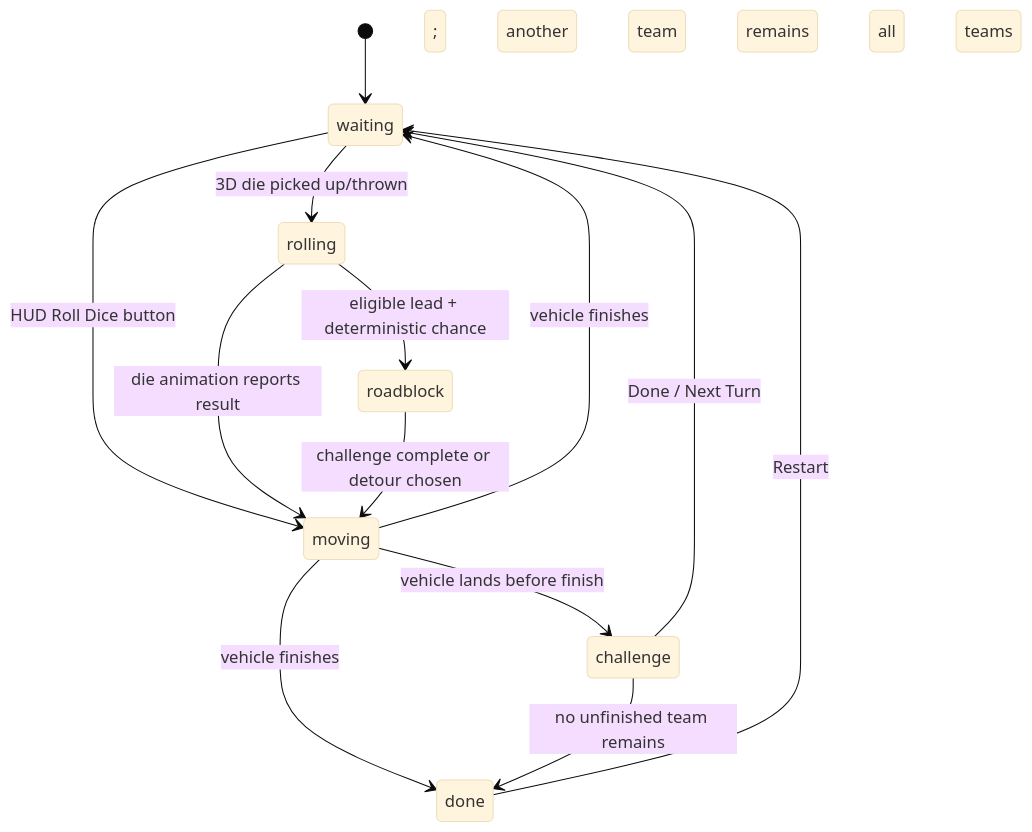
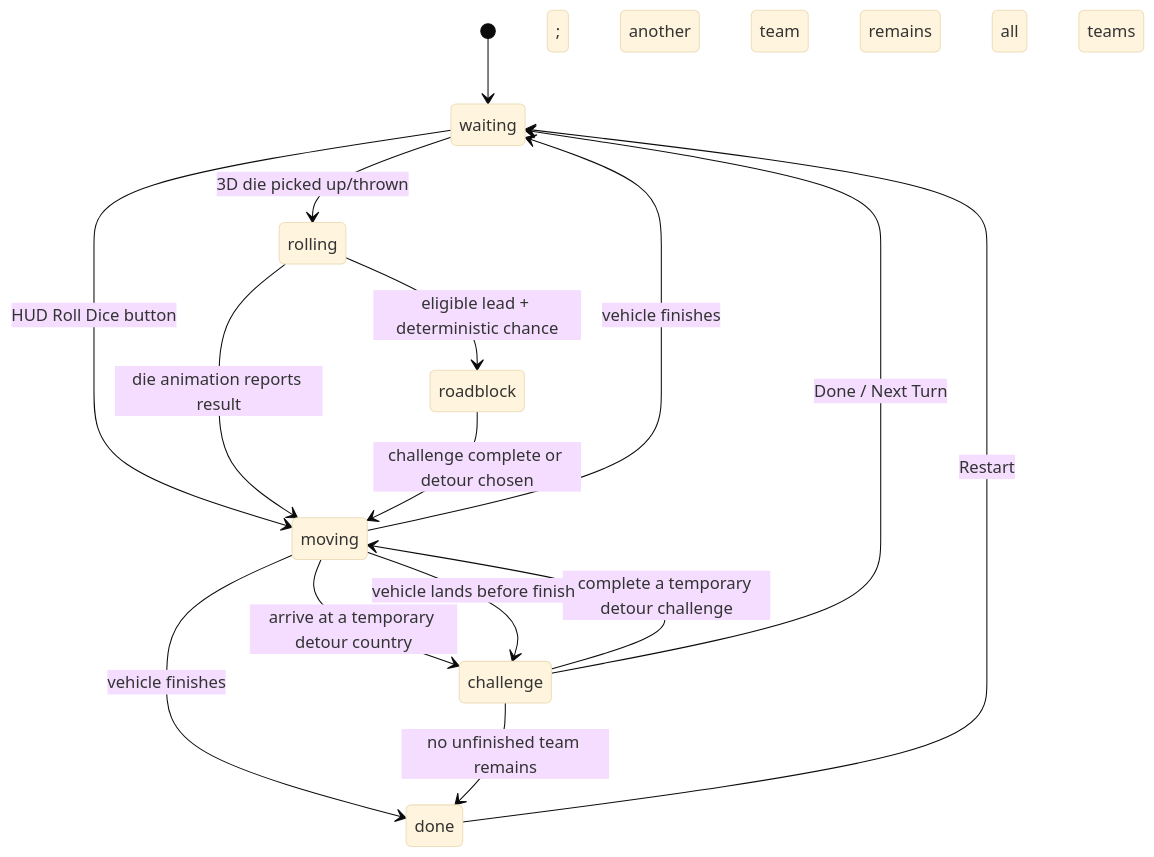
The second of 3 diagrams in GAME_ARCHITECTURE.md (TipsyTraveller/TipsyTraveller), drawn with Mermaid (base theme) before and after one commit. The commit also changed other lines of this file and 12 other files, not shown here.

````diff
--- a/GAME_ARCHITECTURE.md
+++ b/GAME_ARCHITECTURE.md
@@ -253,15 +253,17 @@
 ```mermaid
 stateDiagram-v2
     [*] --> waiting
     waiting --> rolling: 3D die picked up/thrown
     waiting --> moving: HUD Roll Dice button
     rolling --> moving: die animation reports result
     rolling --> roadblock: eligible lead + deterministic chance
     roadblock --> moving: challenge complete or detour chosen
+    moving --> challenge: arrive at a temporary detour country
+    challenge --> moving: complete a temporary detour challenge
     moving --> challenge: vehicle lands before finish
     moving --> waiting: vehicle finishes; another team remains
     moving --> done: vehicle finishes; all teams done
     challenge --> waiting: Done / Next Turn
     challenge --> done: no unfinished team remains
     done --> waiting: Restart
 ```
````
